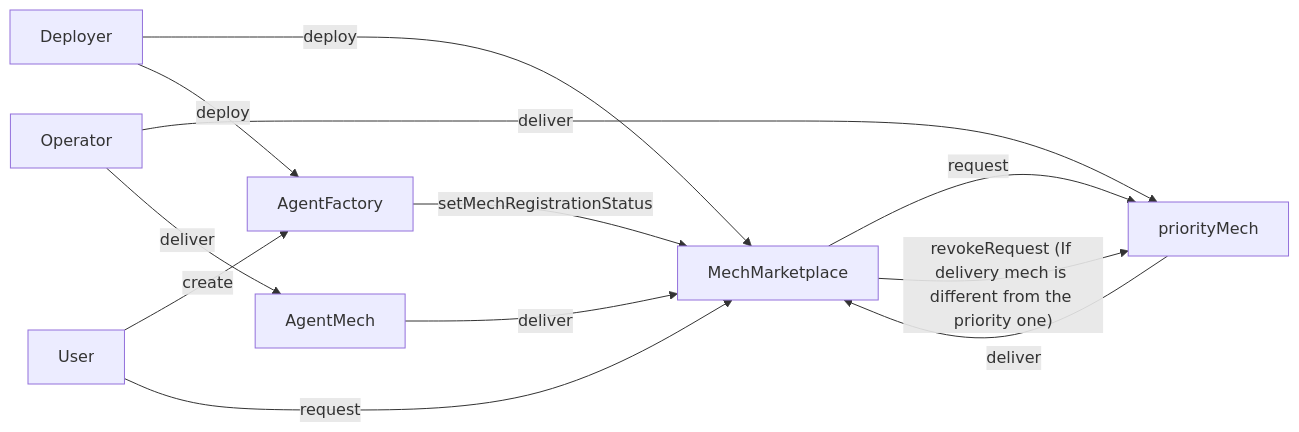
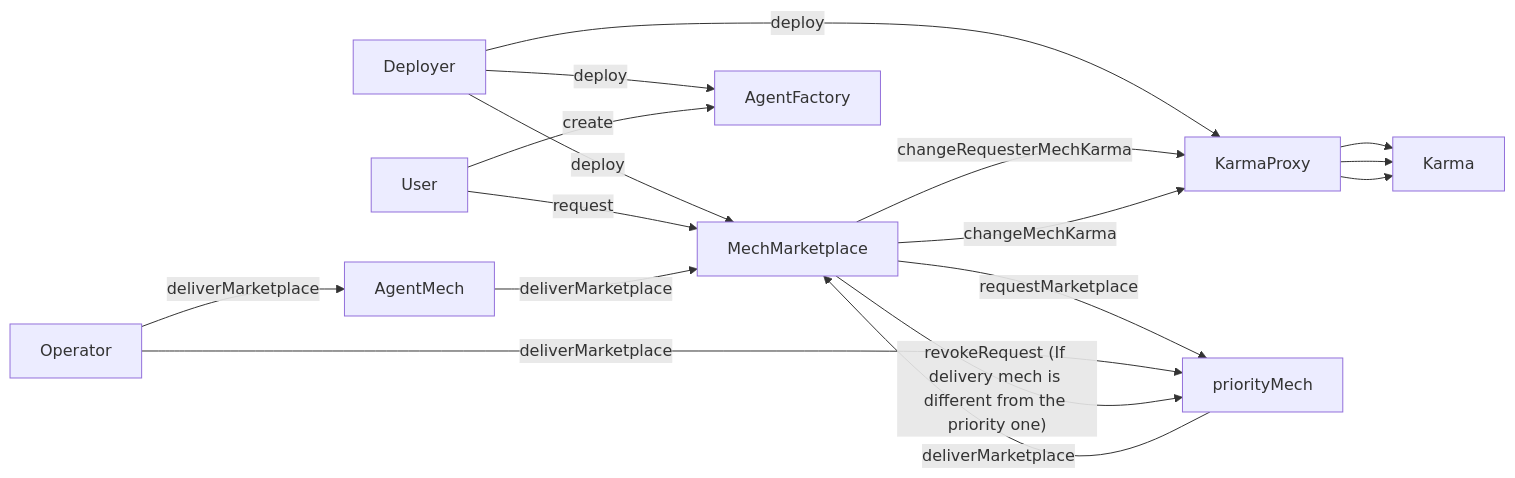
The diagram in README.md (valory-xyz/ai-registry-mech), drawn with Mermaid before and after one commit. The commit also changed 1 other file, not shown here.

Commit message:
doc: re-audit v0.3.1

````diff
--- a/README.md
+++ b/README.md
@@ -71,8 +71,11 @@
 ```mermaid
 flowchart LR
     Deployer -- deploy --> MechMarketplace
     Deployer -- deploy --> AgentFactory
-    User -- create --> AgentFactory -- setMechRegistrationStatus --> MechMarketplace
-    User -- request --> MechMarketplace -- request --> priorityMech
-    Operator -- deliver --> priorityMech &  AgentMech -- deliver --> MechMarketplace -- revokeRequest (If delivery mech is different from the priority one) --> priorityMech
+    Deployer -- deploy --> KarmaProxy --> Karma
+    User -- create --> AgentFactory
+    User -- request --> MechMarketplace -- requestMarketplace --> priorityMech 
+    MechMarketplace -- changeRequesterMechKarma --> KarmaProxy --> Karma
+    Operator -- deliverMarketplace --> priorityMech -- deliverMarketplace --> MechMarketplace -- changeMechKarma --> KarmaProxy --> Karma
+    Operator -- deliverMarketplace --> AgentMech -- deliverMarketplace --> MechMarketplace -- revokeRequest (If delivery mech is different from the priority one) --> priorityMech
 ```
````
